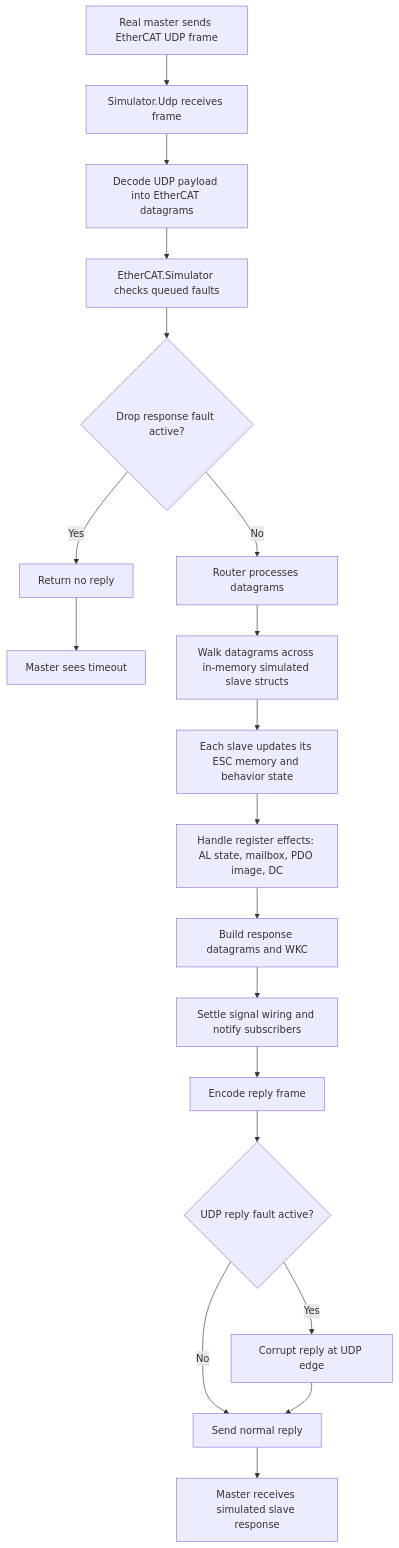
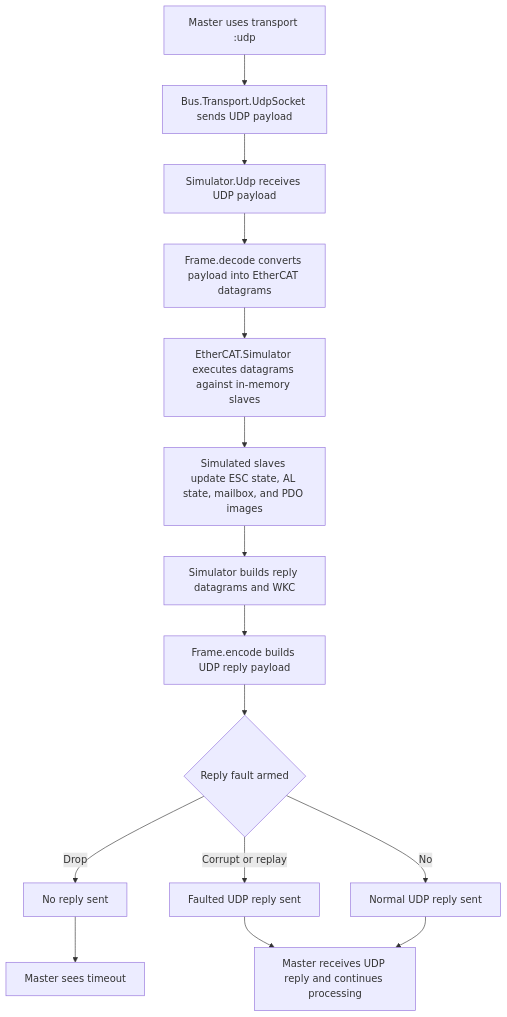
Before and after one commit to sid2baker/ethercat: the diagram in lib/ethercat/simulator.md, drawn with Mermaid. The commit also changed other lines of this file and 6 other files, not shown here.

````diff
--- a/lib/ethercat/simulator.md
+++ b/lib/ethercat/simulator.md
@@ -36,24 +49,17 @@
 ```mermaid
 flowchart TD
-  A[Real master sends EtherCAT UDP frame] --> B[Simulator.Udp receives frame]
-  B --> C[Decode UDP payload into EtherCAT datagrams]
-  C --> D[EtherCAT.Simulator checks queued faults]
-
-  D --> E{Drop response fault active?}
-  E -- Yes --> F[Return no reply]
-  F --> G[Master sees timeout]
-
-  E -- No --> H[Router processes datagrams]
-  H --> I[Walk datagrams across in-memory simulated slave structs]
-  I --> J[Each slave updates its ESC memory and behavior state]
-  J --> K[Handle register effects: AL state, mailbox, PDO image, DC]
-  K --> L[Build response datagrams and WKC]
-  L --> M[Settle signal wiring and notify subscribers]
-  M --> N[Encode reply frame]
-
-  N --> O{UDP reply fault active?}
-  O -- Yes --> P[Corrupt reply at UDP edge]
-  O -- No --> Q[Send normal reply]
-  P --> Q
-  Q --> R[Master receives simulated slave response]
+  A[Master uses transport :udp] --> B[Bus.Transport.UdpSocket sends UDP payload]
+  B --> C[Simulator.Udp receives UDP payload]
+  C --> D[Frame.decode converts payload into EtherCAT datagrams]
+  D --> E[EtherCAT.Simulator executes datagrams against in-memory slaves]
+  E --> F[Simulated slaves update ESC state, AL state, mailbox, and PDO images]
+  F --> G[Simulator builds reply datagrams and WKC]
+  G --> H[Frame.encode builds UDP reply payload]
+  H --> I{Reply fault armed}
+  I -- Drop --> J[No reply sent]
+  J --> K[Master sees timeout]
+  I -- Corrupt or replay --> L[Faulted UDP reply sent]
+  I -- No --> M[Normal UDP reply sent]
+  L --> N[Master receives UDP reply and continues processing]
+  M --> N
 ```
````
